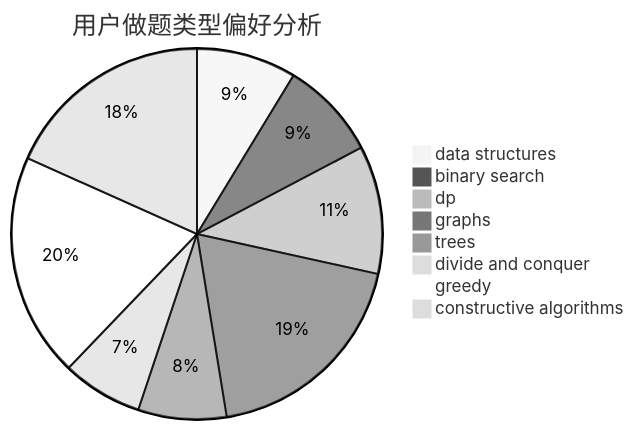
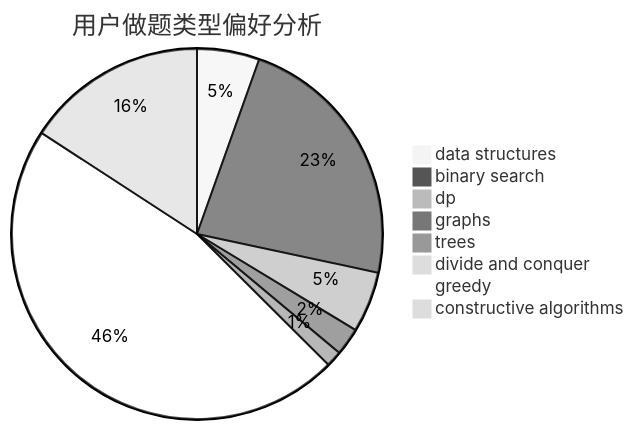
Before and after one commit to sherpahu/cfrs.github.io: the second of 3 diagrams in docs/user/u460.md, drawn with Mermaid (neutral theme). The commit also changed other lines of this file and 2770 other files, not shown here.

````diff
--- a/docs/user/u460.md
+++ b/docs/user/u460.md
@@ -23,11 +23,11 @@
 ```mermaid
 pie title 用户做题类型偏好分析
-    "data structures" :  78
-    "binary search" :  77
-    "dp" :  100
-    "graphs" :  170
-    "trees" :  69
-    "divide and conquer" :  63
-    "greedy" :  175
-    "constructive algorithms" :  164
+    "data structures" :  43
+    "binary search" :  181
+    "dp" :  42
+    "graphs" :  19
+    "trees" :  11
+    "divide and conquer" :  7
+    "greedy" :  369
+    "constructive algorithms" :  125
 ```
````
